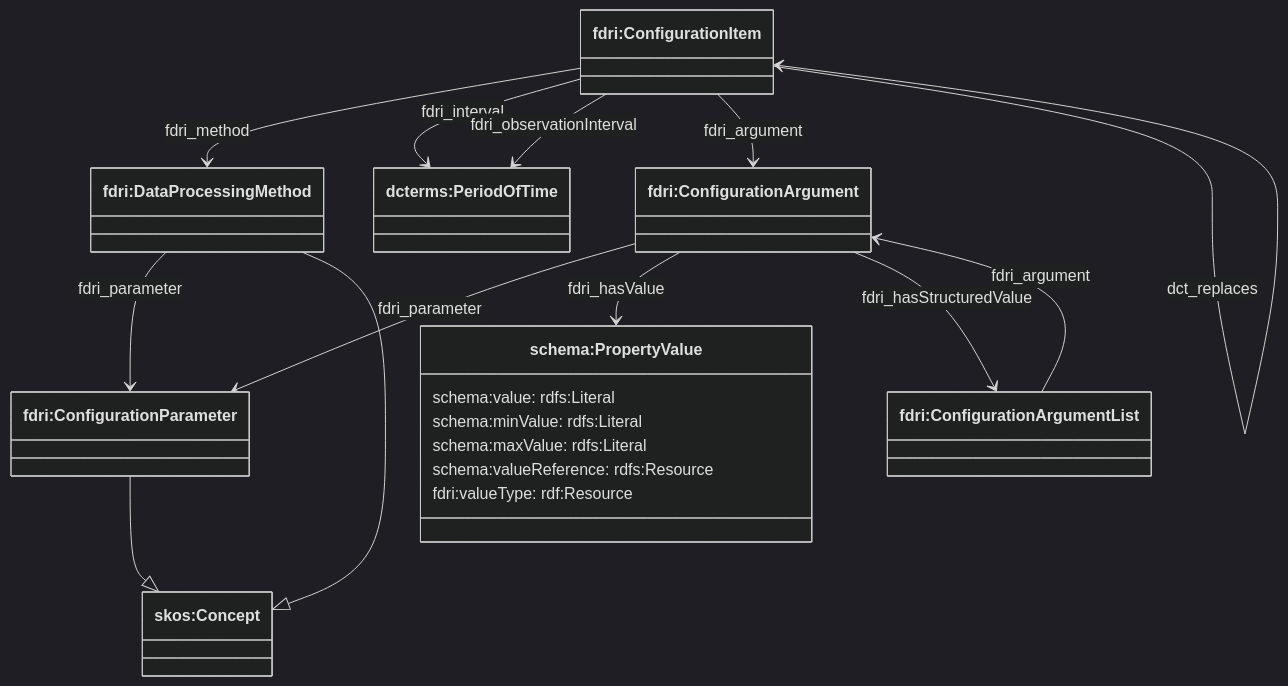
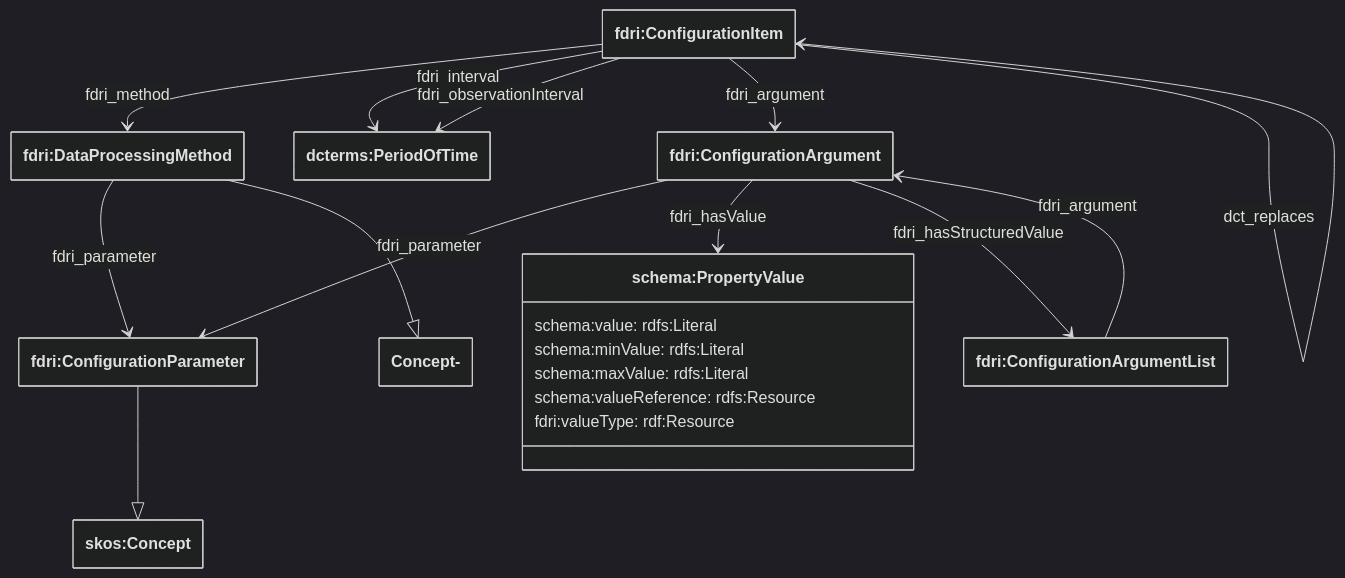
One commit to NERC-CEH/fdri-ontology changed the third of 4 diagrams in doc/data-processing-configurations.md. Above: the diagram before and after it, drawn with Mermaid (dark theme). The commit also changed other lines of this file, not shown here.

Commit message:
Update data processing config document

````diff
--- a/doc/data-processing-configurations.md
+++ b/doc/data-processing-configurations.md
@@ -66,30 +74,35 @@
 ```mermaid
+---
+  config:
+    class:
+      hideEmptyMembersBox: true
+---
 classDiagram
   class PropertyValue["schema:PropertyValue"] {
     schema:value: rdfs:Literal
     schema:minValue: rdfs:Literal
     schema:maxValue: rdfs:Literal
     schema:valueReference: rdfs:Resource
     fdri:valueType: rdf:Resource
   }
   class ConfigurationItem["fdri:ConfigurationItem"]
   class Param["fdri:ConfigurationParameter"]
   class Period["dcterms:PeriodOfTime"]
   class Method["fdri:DataProcessingMethod"]
   class Arg["fdri:ConfigurationArgument"]
   class ArgList["fdri:ConfigurationArgumentList"]
   class Concept["skos:Concept"]
 
   ConfigurationItem --> Method: fdri_method
   ConfigurationItem --> Period: fdri_interval
   ConfigurationItem --> Period: fdri_observationInterval
   ConfigurationItem --> Arg: fdri_argument
   Method --> Param: fdri_parameter
   Arg --> Param: fdri_parameter
   Arg --> PropertyValue: fdri_hasValue
   Arg --> ArgList: fdri_hasStructuredValue
   ArgList --> Arg: fdri_argument
   ConfigurationItem --> ConfigurationItem: dct_replaces
-  Method --|> Concept
+  Method --|> Concept-
   Param --|> Concept
 ```
````
